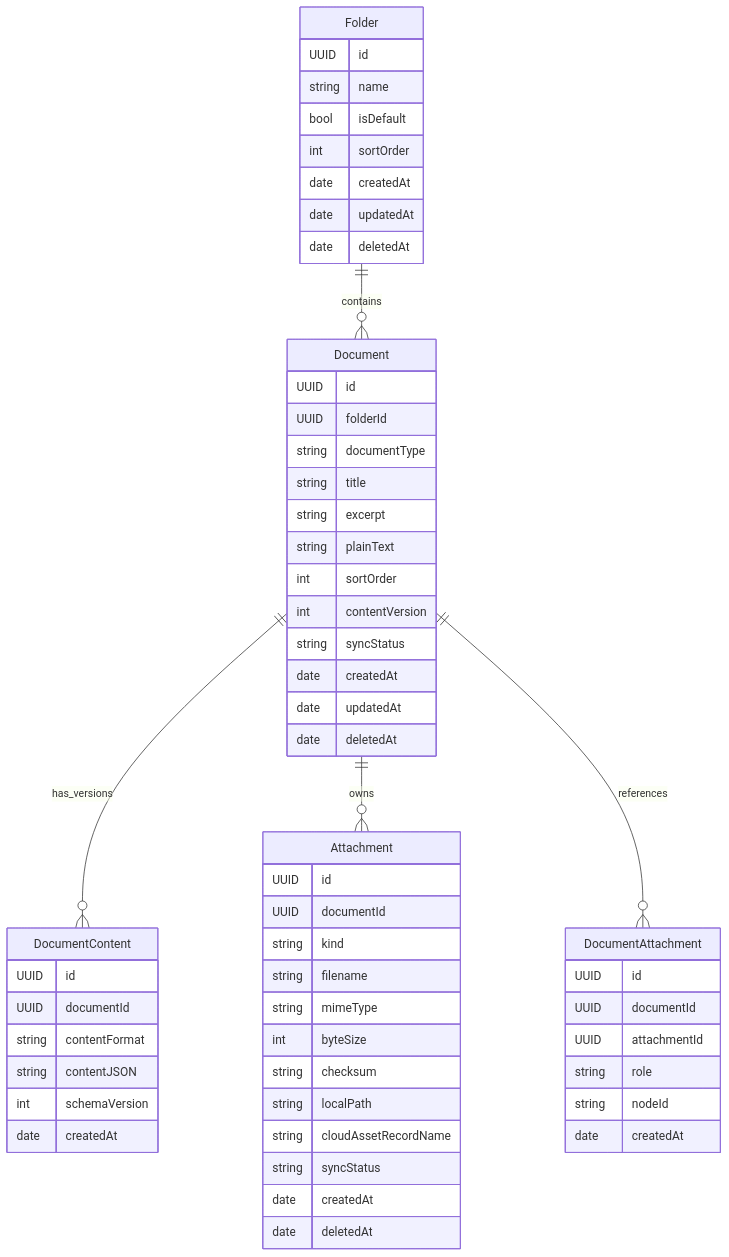
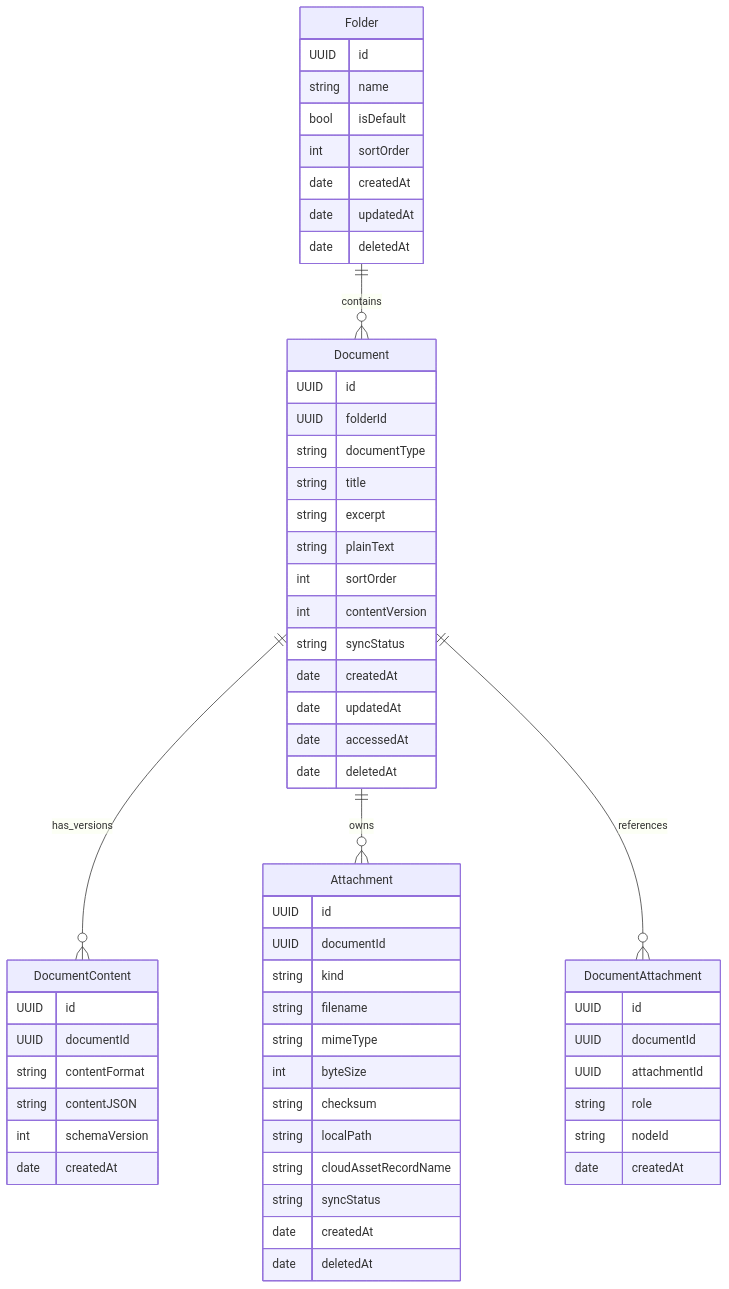
The diagram in docs/database-design.md (WeMadeCode/nsdoc), drawn with Mermaid before and after one commit. The commit also changed other lines of this file and 3 other files, not shown here.

````diff
--- a/docs/database-design.md
+++ b/docs/database-design.md
@@ -18,65 +18,66 @@
 ```mermaid
 erDiagram
     Folder ||--o{ Document : contains
     Document ||--o{ DocumentContent : has_versions
     Document ||--o{ Attachment : owns
     Document ||--o{ DocumentAttachment : references
 
     Folder {
         UUID id
         string name
         bool isDefault
         int sortOrder
         date createdAt
         date updatedAt
         date deletedAt
     }
 
     Document {
         UUID id
         UUID folderId
         string documentType
         string title
         string excerpt
         string plainText
         int sortOrder
         int contentVersion
         string syncStatus
         date createdAt
         date updatedAt
+        date accessedAt
         date deletedAt
     }
 
     DocumentContent {
         UUID id
         UUID documentId
         string contentFormat
         string contentJSON
         int schemaVersion
         date createdAt
     }
 
     Attachment {
         UUID id
         UUID documentId
         string kind
         string filename
         string mimeType
         int byteSize
         string checksum
         string localPath
         string cloudAssetRecordName
         string syncStatus
         date createdAt
         date deletedAt
     }
 
     DocumentAttachment {
         UUID id
         UUID documentId
         UUID attachmentId
         string role
         string nodeId
         date createdAt
     }
 ```
````
